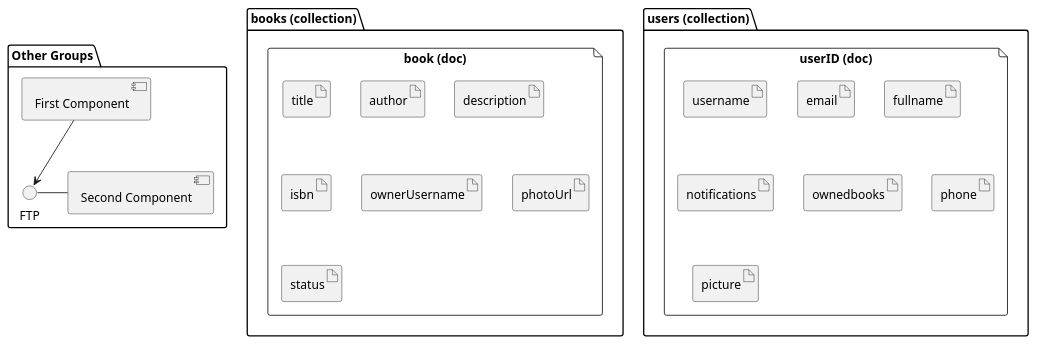
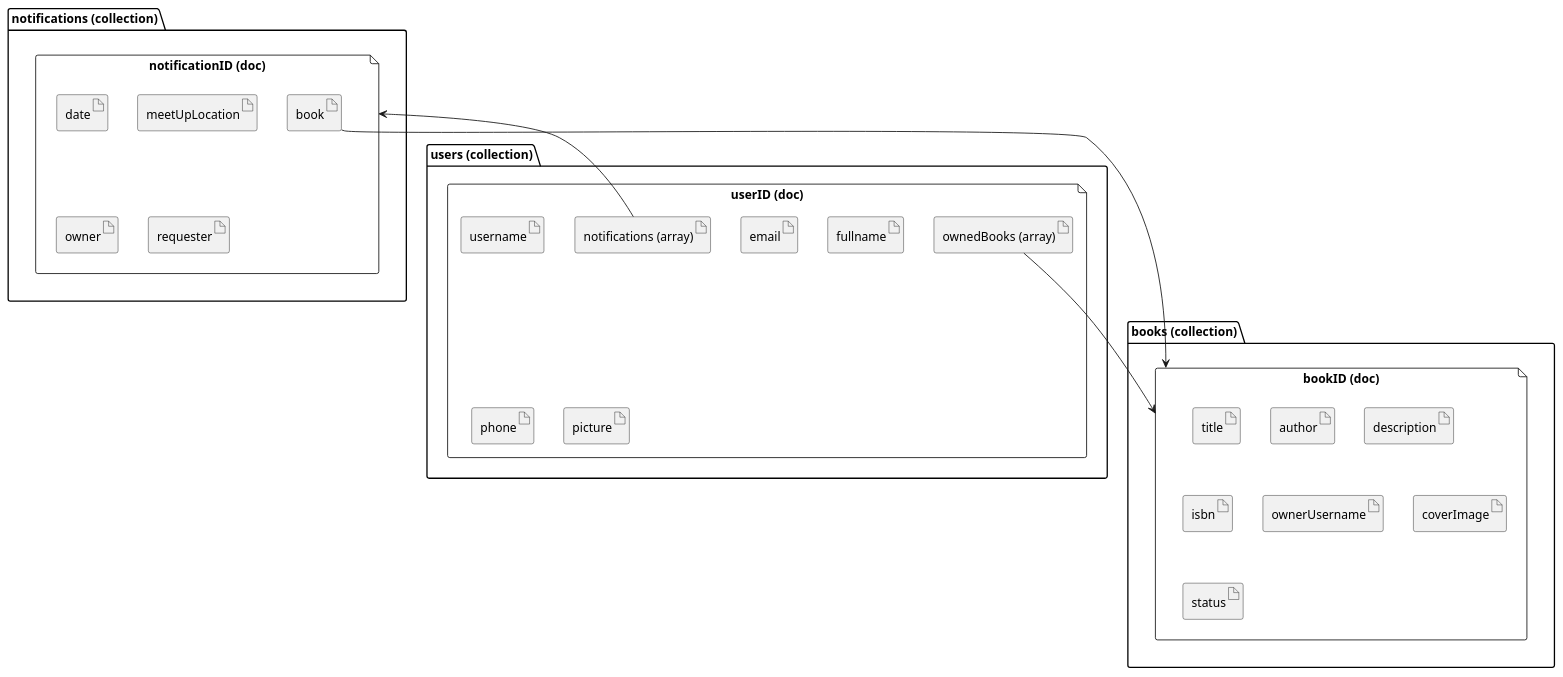
One commit to CMPUT301F20T26/BookShelf changed the diagram in doc/plantuml/database.puml. Above: the diagram before and after it, drawn with PlantUML. The commit also changed 5 other files, not shown here.

Commit message:
roadmap of request functionality. firebase database diagram.

```diff
--- a/doc/plantuml/database.puml
+++ b/doc/plantuml/database.puml
@@ -1,34 +1,47 @@
 @startuml
 
 folder "books (collection)" {
-file "book (doc)" {
+file "bookID (doc)" as b {
 artifact title
 artifact author
 artifact description
 artifact isbn
 artifact ownerUsername
-artifact photoUrl
+artifact coverImage
 artifact status
 }
 }
 
-folder "users (collection)" {
-file "userID (doc)"{
+folder "users (collection)"  as u  {
+file "userID (doc)"  {
 artifact username
 artifact email
 artifact fullname
-artifact notifications
-artifact ownedbooks
+artifact "notifications (array)" as nu
+artifact "ownedBooks (array)" as bu
 artifact phone
 artifact picture
 }
 }
 
-
-package "Other Groups" {
-FTP - [Second Component]
-
-[First Component] --> FTP
+folder "notifications (collection)" {
+file "notificationID (doc)" as n {
+artifact book
+artifact date
+artifact meetUpLocation
+artifact owner
+artifact requester
+artifact status
+}
 }
 
+book --> b
+bu --> b
+nu -up-> n
+
+'username --> UserLookup
+'owner --> UserLookup
+'requester --> UserLookup
+'UserLookup --> u
+
 @enduml
```
